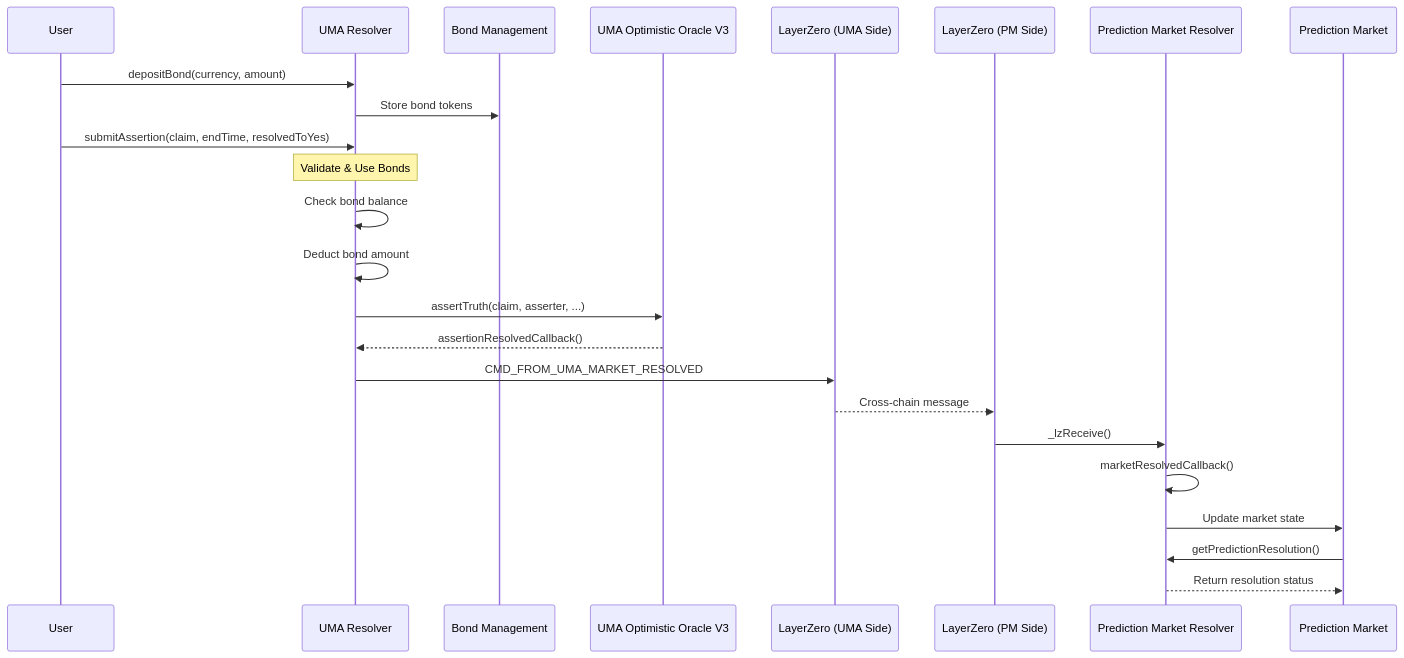
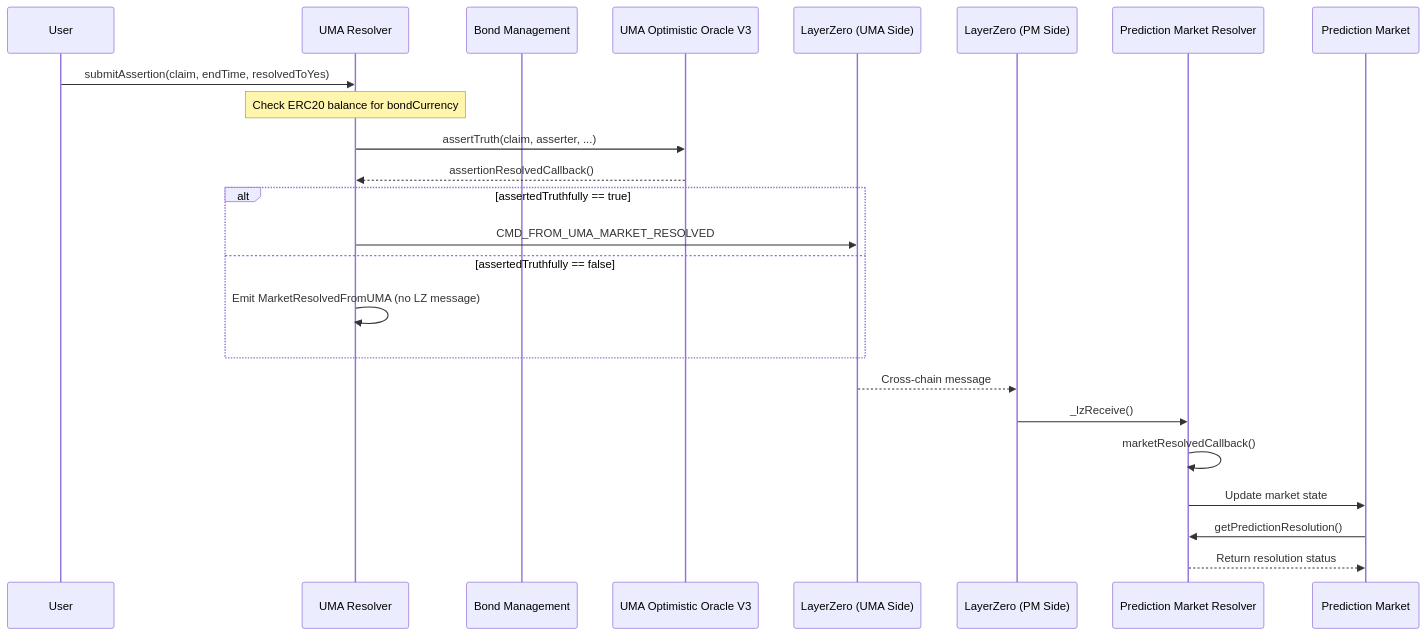
The second of 7 diagrams in packages/protocol/src/predictionMarket/resolvers/DIAGRAMS.md (engsudal909/sapience-1), drawn with Mermaid before and after one commit. The commit also changed other lines of this file and 5 other files, not shown here.

````diff
--- a/packages/protocol/src/predictionMarket/resolvers/DIAGRAMS.md
+++ b/packages/protocol/src/predictionMarket/resolvers/DIAGRAMS.md
@@ -35,32 +35,31 @@
 ```mermaid
 sequenceDiagram
     participant User
     participant UMR as UMA Resolver
     participant Bonds as Bond Management
     participant UMA as UMA Optimistic Oracle V3
     participant LZ2 as LayerZero (UMA Side)
     participant LZ1 as LayerZero (PM Side)
     participant PMR as Prediction Market Resolver
     participant PM as Prediction Market
     
-    User->>UMR: depositBond(currency, amount)
-    UMR->>Bonds: Store bond tokens
-    
     User->>UMR: submitAssertion(claim, endTime, resolvedToYes)
     
-    Note over UMR: Validate & Use Bonds
-    UMR->>UMR: Check bond balance
-    UMR->>UMR: Deduct bond amount
+    Note over UMR: Check ERC20 balance for bondCurrency
     UMR->>UMA: assertTruth(claim, asserter, ...)
     
     UMA-->>UMR: assertionResolvedCallback()
-    UMR->>LZ2: CMD_FROM_UMA_MARKET_RESOLVED
+    alt assertedTruthfully == true
+        UMR->>LZ2: CMD_FROM_UMA_MARKET_RESOLVED
+    else assertedTruthfully == false
+        UMR->>UMR: Emit MarketResolvedFromUMA (no LZ message)
+    end
     LZ2-->>LZ1: Cross-chain message
     LZ1->>PMR: _lzReceive()
     
     PMR->>PMR: marketResolvedCallback()
     PMR->>PM: Update market state
     
     PM->>PMR: getPredictionResolution()
     PMR-->>PM: Return resolution status
 ```
````
